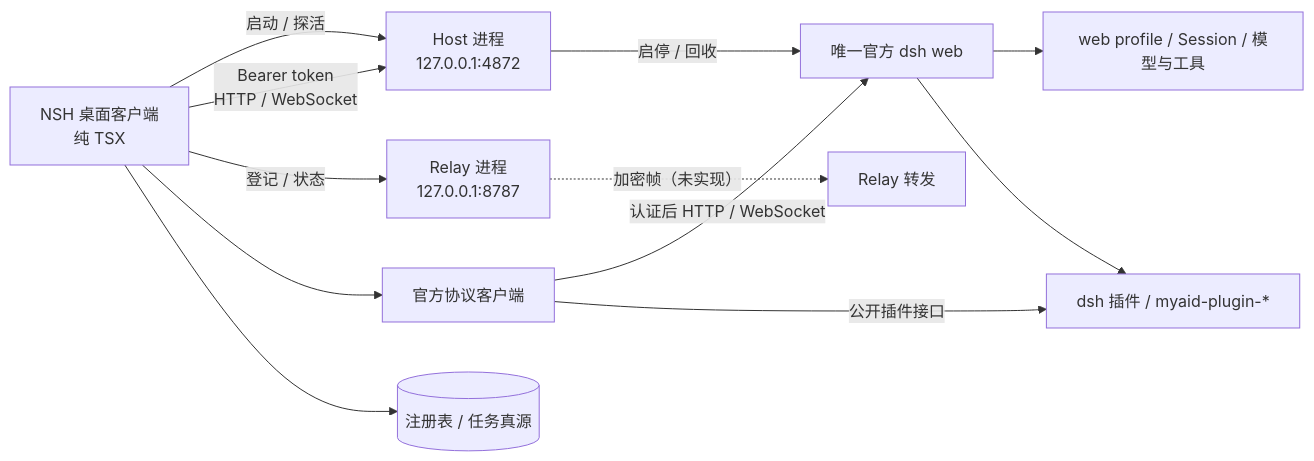
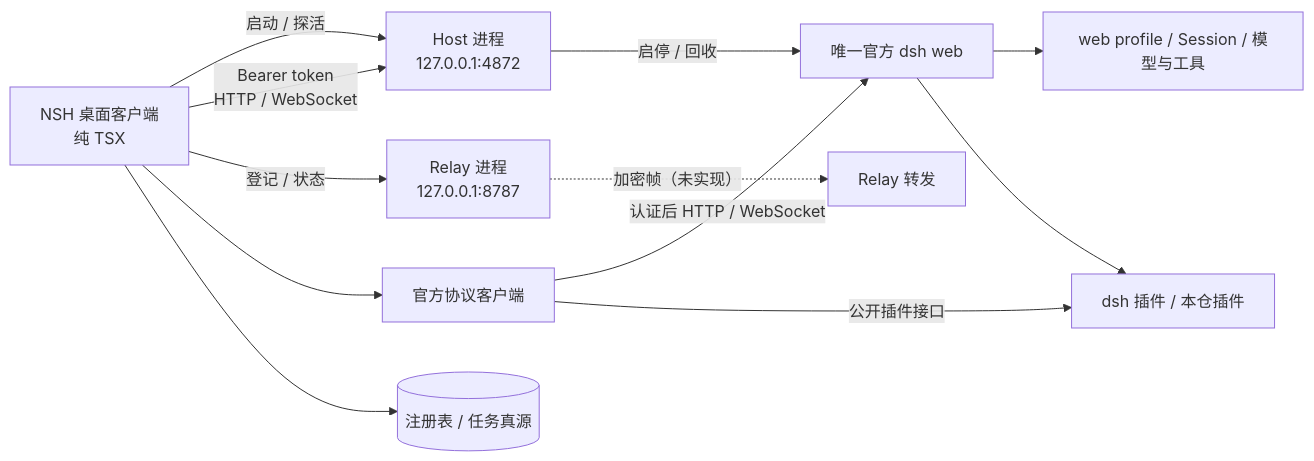
One commit to aningdev/MyAid changed the diagram in docs/ARCHITECTURE.md. Above: the diagram before and after it, drawn with Mermaid. The commit also changed other lines of this file and 54 other files, not shown here.

````diff
--- a/docs/ARCHITECTURE.md
+++ b/docs/ARCHITECTURE.md
@@ -7,14 +7,14 @@
 ```mermaid
 flowchart LR
     D[NSH 桌面客户端<br/>纯 TSX] -->|启动 / 探活| BH[Host 进程<br/>127.0.0.1:4872]
     D -->|Bearer token<br/>HTTP / WebSocket| BH
     D -->|登记 / 状态| BR[Relay 进程<br/>127.0.0.1:8787]
     BH -->|启停 / 回收| W[唯一官方 dsh web]
     W --> P[web profile / Session / 模型与工具]
     D --> C[官方协议客户端]
     C -->|认证后 HTTP / WebSocket| W
     D --> B[(注册表 / 任务真源)]
-    C -->|公开插件接口| E[dsh 插件 / myaid-plugin-*]
+    C -->|公开插件接口| E[dsh 插件 / 本仓插件]
     W --> E
     BR -.->|加密帧（未实现）| R[Relay 转发]
 ```
````
